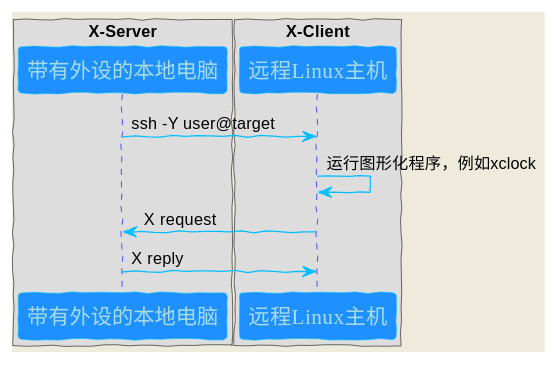
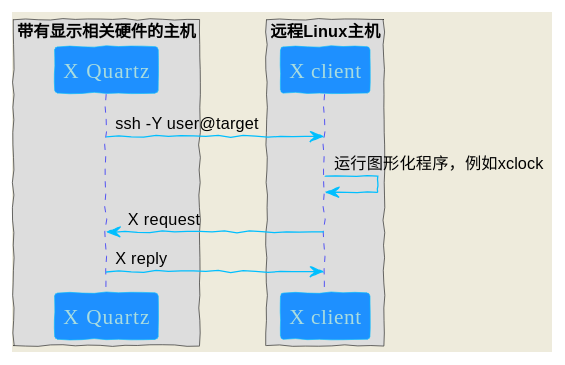
One commit to liuyehcf/BlogSource changed the first of 2 diagrams in _posts/Linux-常用命令.md. Above: the diagram before and after it, drawn with PlantUML. The commit also changed other lines of this file and 1 other file, not shown here.

````diff
--- a/_posts/Linux-常用命令.md
+++ b/_posts/Linux-常用命令.md
@@ -3112,35 +3085,35 @@
 ```plantuml
 skinparam backgroundColor #EEEBDC
 skinparam handwritten true
 
 skinparam sequence {
 	ArrowColor DeepSkyBlue
 	ActorBorderColor DeepSkyBlue
 	LifeLineBorderColor blue
 	LifeLineBackgroundColor #A9DCDF
 	
 	ParticipantBorderColor DeepSkyBlue
 	ParticipantBackgroundColor DodgerBlue
 	ParticipantFontName Impact
 	ParticipantFontSize 17
 	ParticipantFontColor #A9DCDF
 	
 	ActorBackgroundColor aqua
 	ActorFontColor DeepSkyBlue
 	ActorFontSize 17
 	ActorFontName Aapex
 }
 
-box "X-Server"
-participant X_Server as "带有外设的本地电脑"
+box "带有显示相关硬件的主机"
+participant X_Quartz as "X Quartz"
 end box
 
-box "X-Client"
-participant X_Client as "远程Linux主机"
+box "远程Linux主机"
+participant X_Client as "X client"
 end box
 
-X_Server -> X_Client: ssh -Y user@target
+X_Quartz -> X_Client: ssh -Y user@target
 X_Client -> X_Client: 运行图形化程序，例如xclock
-X_Client -> X_Server: X request
-X_Server -> X_Client: X reply
+X_Client -> X_Quartz: X request
+X_Quartz -> X_Client: X reply
 ```
````
